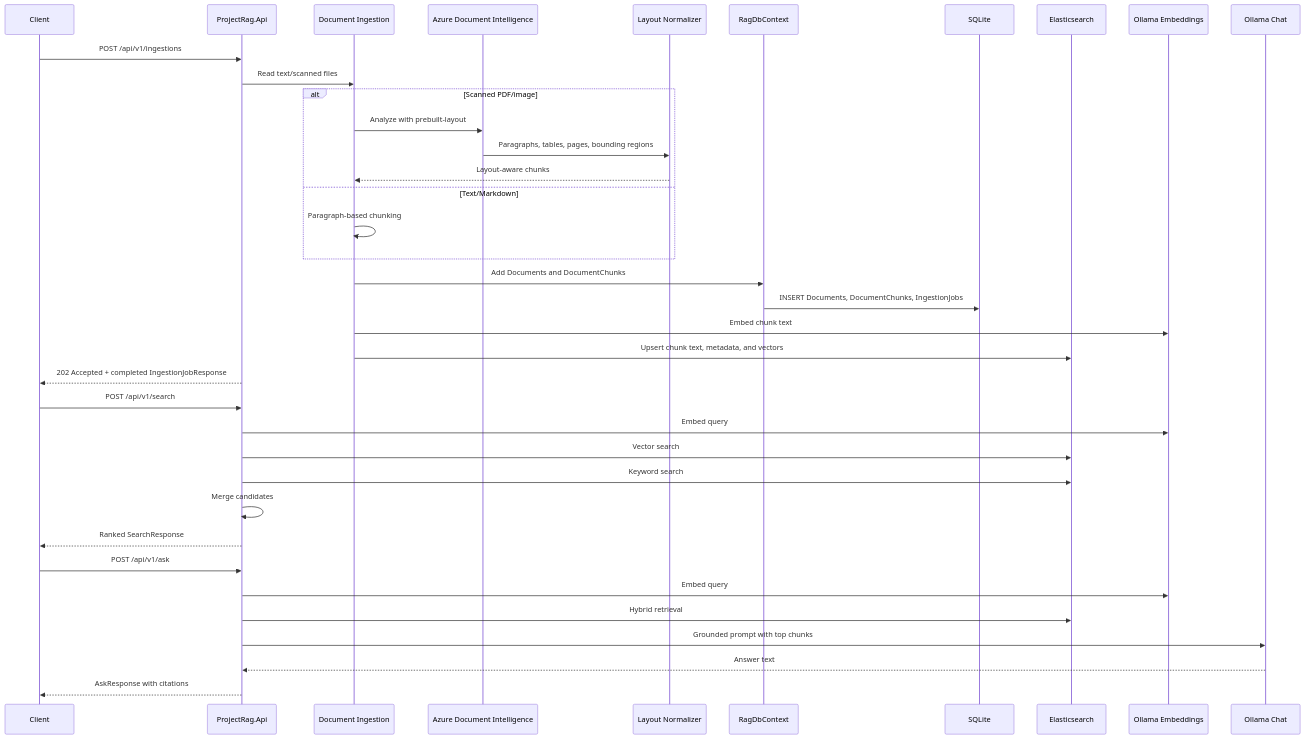
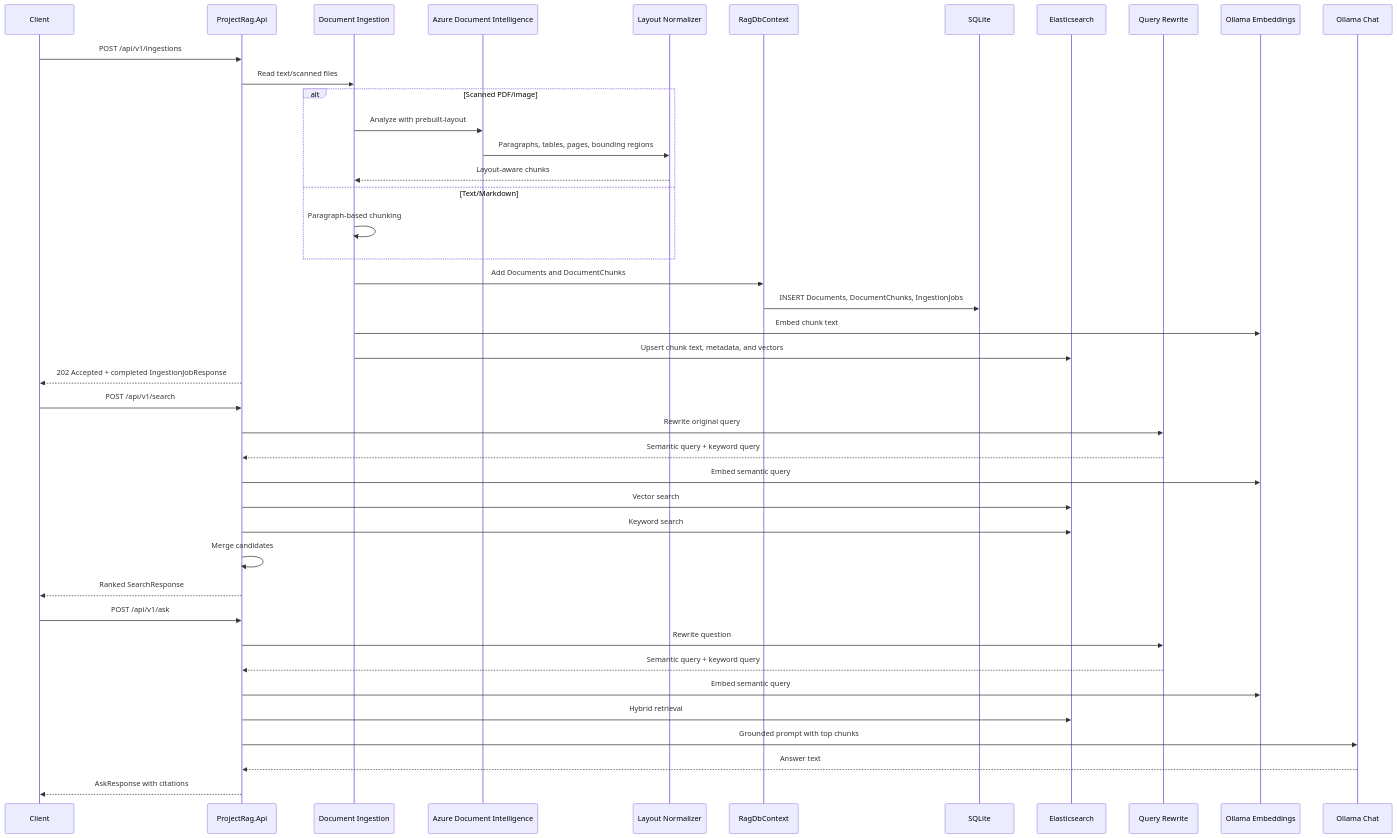
One commit to RegainFlow/ProjectRag changed the third of 3 diagrams in docs/ARCHITECTURE.md. Above: the diagram before and after it, drawn with Mermaid. The commit also changed other lines of this file and 24 other files, not shown here.

````diff
--- a/docs/ARCHITECTURE.md
+++ b/docs/ARCHITECTURE.md
@@ -205,42 +206,47 @@
 ```mermaid
 sequenceDiagram
     participant Client
     participant API as ProjectRag.Api
     participant Ingest as Document Ingestion
     participant Extract as Azure Document Intelligence
     participant Normalize as Layout Normalizer
     participant EF as RagDbContext
     participant DB as SQLite
     participant ES as Elasticsearch
+    participant Rewrite as Query Rewrite
     participant Embed as Ollama Embeddings
     participant Chat as Ollama Chat
 
     Client->>API: POST /api/v1/ingestions
     API->>Ingest: Read text/scanned files
     alt Scanned PDF/image
         Ingest->>Extract: Analyze with prebuilt-layout
         Extract->>Normalize: Paragraphs, tables, pages, bounding regions
         Normalize-->>Ingest: Layout-aware chunks
     else Text/Markdown
         Ingest->>Ingest: Paragraph-based chunking
     end
     Ingest->>EF: Add Documents and DocumentChunks
     EF->>DB: INSERT Documents, DocumentChunks, IngestionJobs
     Ingest->>Embed: Embed chunk text
     Ingest->>ES: Upsert chunk text, metadata, and vectors
     API-->>Client: 202 Accepted + completed IngestionJobResponse
 
     Client->>API: POST /api/v1/search
-    API->>Embed: Embed query
+    API->>Rewrite: Rewrite original query
+    Rewrite-->>API: Semantic query + keyword query
+    API->>Embed: Embed semantic query
     API->>ES: Vector search
     API->>ES: Keyword search
     API->>API: Merge candidates
     API-->>Client: Ranked SearchResponse
 
     Client->>API: POST /api/v1/ask
-    API->>Embed: Embed query
+    API->>Rewrite: Rewrite question
+    Rewrite-->>API: Semantic query + keyword query
+    API->>Embed: Embed semantic query
     API->>ES: Hybrid retrieval
     API->>Chat: Grounded prompt with top chunks
     Chat-->>API: Answer text
     API-->>Client: AskResponse with citations
 ```
````
